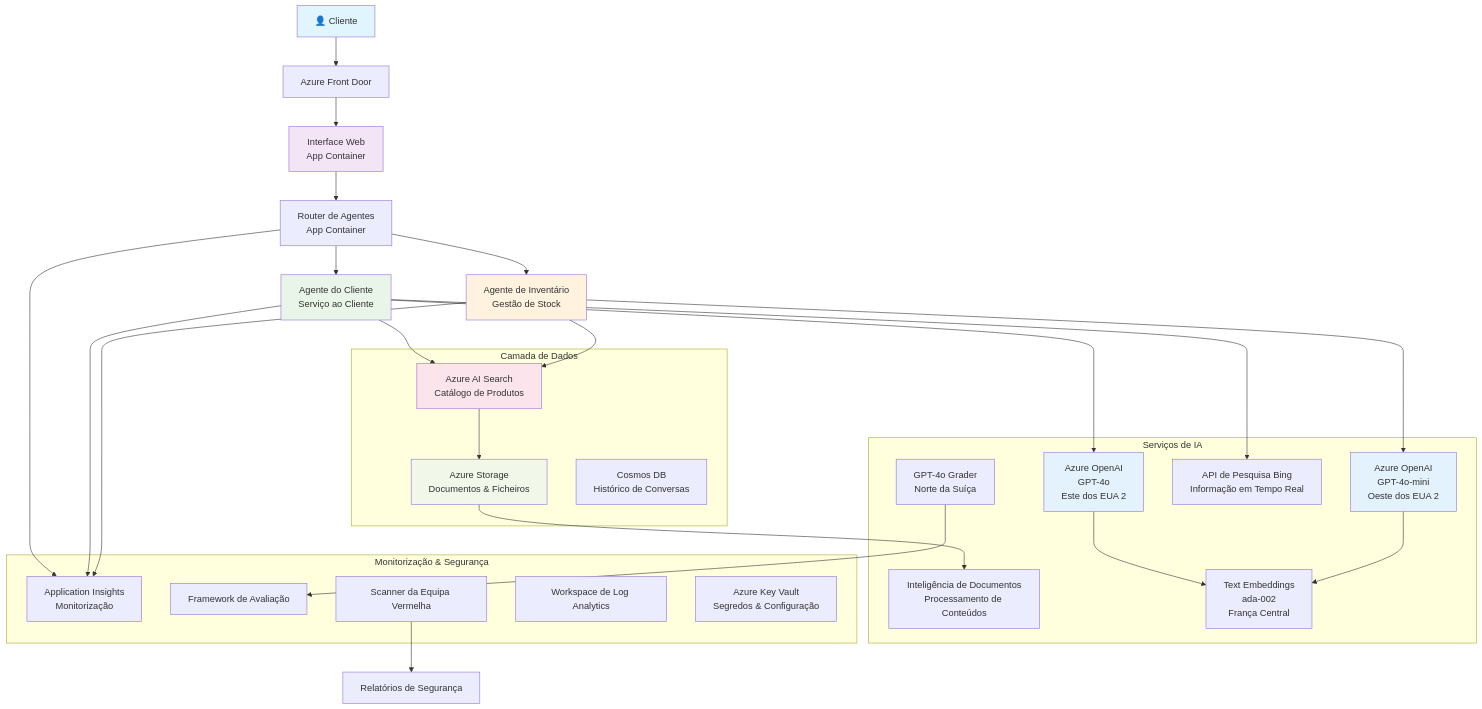
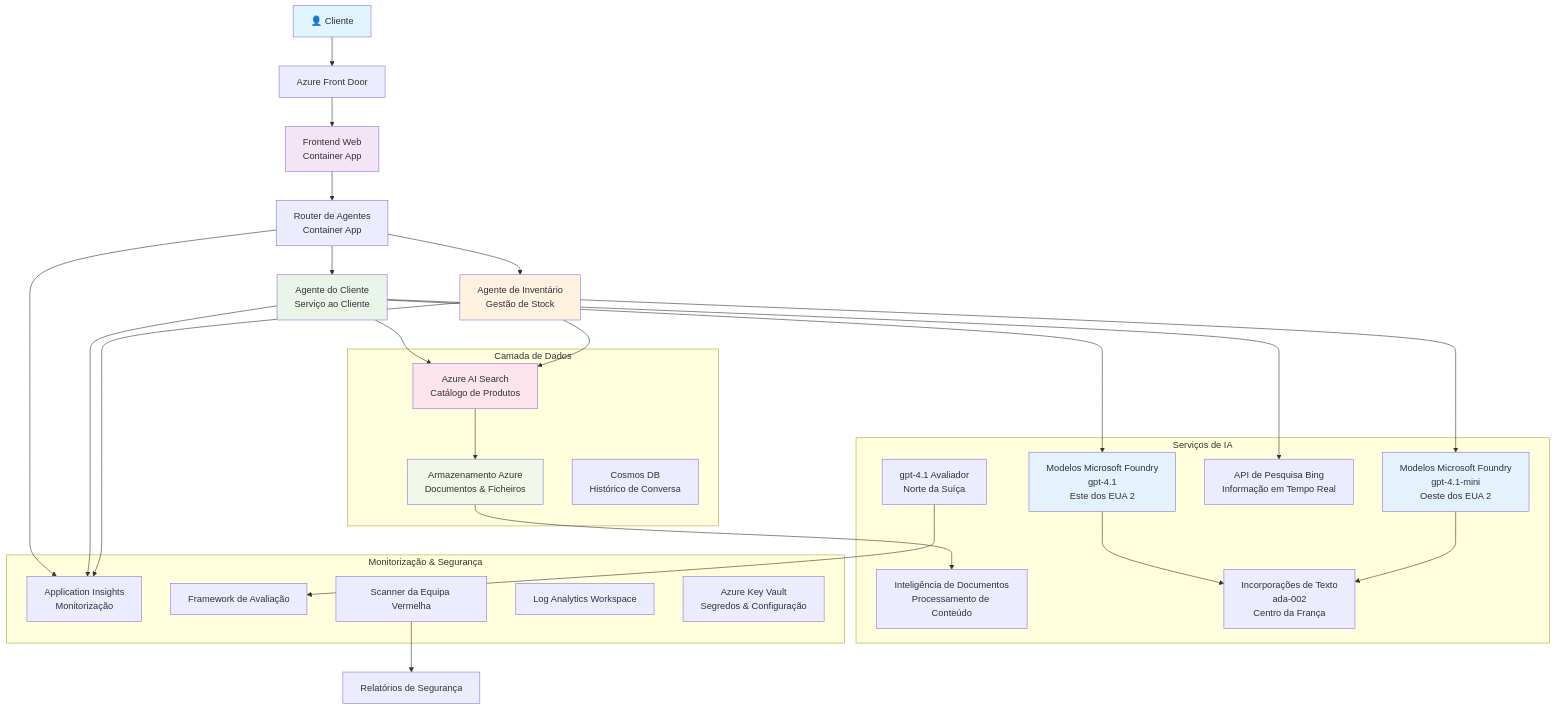
Before and after one commit to microsoft/AZD-for-beginners: the diagram in translations/pt-PT/examples/retail-scenario.md, drawn with Mermaid. The commit also changed other lines of this file and 101 other files, not shown here.

````diff
--- a/translations/pt-PT/examples/retail-scenario.md
+++ b/translations/pt-PT/examples/retail-scenario.md
@@ -139,61 +139,61 @@
 ```mermaid
 graph TB
     User[👤 Cliente] --> LB[Azure Front Door]
-    LB --> WebApp[Interface Web<br/>App Container]
+    LB --> WebApp[Frontend Web<br/>Container App]
     
-    WebApp --> Router[Router de Agentes<br/>App Container]
+    WebApp --> Router[Router de Agentes<br/>Container App]
     Router --> CustomerAgent[Agente do Cliente<br/>Serviço ao Cliente]
     Router --> InvAgent[Agente de Inventário<br/>Gestão de Stock]
     
-    CustomerAgent --> OpenAI1[Azure OpenAI<br/>GPT-4o<br/>Este dos EUA 2]
-    InvAgent --> OpenAI2[Azure OpenAI<br/>GPT-4o-mini<br/>Oeste dos EUA 2]
+    CustomerAgent --> OpenAI1[Modelos Microsoft Foundry<br/>gpt-4.1<br/>Este dos EUA 2]
+    InvAgent --> OpenAI2[Modelos Microsoft Foundry<br/>gpt-4.1-mini<br/>Oeste dos EUA 2]
     
     CustomerAgent --> AISearch[Azure AI Search<br/>Catálogo de Produtos]
     CustomerAgent --> BingSearch[API de Pesquisa Bing<br/>Informação em Tempo Real]
     InvAgent --> AISearch
     
-    AISearch --> Storage[Azure Storage<br/>Documentos & Ficheiros]
-    Storage --> DocIntel[Inteligência de Documentos<br/>Processamento de Conteúdos]
+    AISearch --> Storage[Armazenamento Azure<br/>Documentos & Ficheiros]
+    Storage --> DocIntel[Inteligência de Documentos<br/>Processamento de Conteúdo]
     
-    OpenAI1 --> Embeddings[Text Embeddings<br/>ada-002<br/>França Central]
+    OpenAI1 --> Embeddings[Incorporações de Texto<br/>ada-002<br/>Centro da França]
     OpenAI2 --> Embeddings
     
     Router --> AppInsights[Application Insights<br/>Monitorização]
     CustomerAgent --> AppInsights
     InvAgent --> AppInsights
     
-    GraderModel[GPT-4o Grader<br/>Norte da Suíça] --> Evaluation[Framework de Avaliação]
+    GraderModel[gpt-4.1 Avaliador<br/>Norte da Suíça] --> Evaluation[Framework de Avaliação]
     RedTeam[Scanner da Equipa Vermelha] --> SecurityReports[Relatórios de Segurança]
     
     subgraph "Camada de Dados"
         Storage
         AISearch
-        CosmosDB[Cosmos DB<br/>Histórico de Conversas]
+        CosmosDB[Cosmos DB<br/>Histórico de Conversa]
     end
     
     subgraph "Serviços de IA"
         OpenAI1
         OpenAI2
         Embeddings
         GraderModel
         DocIntel
         BingSearch
     end
     
     subgraph "Monitorização & Segurança"
         AppInsights
-        LogAnalytics[Workspace de Log Analytics]
+        LogAnalytics[Log Analytics Workspace]
         KeyVault[Azure Key Vault<br/>Segredos & Configuração]
         RedTeam
         Evaluation
     end
     
     style User fill:#e1f5fe
     style WebApp fill:#f3e5f5
     style CustomerAgent fill:#e8f5e8
     style InvAgent fill:#fff3e0
     style OpenAI1 fill:#e3f2fd
     style OpenAI2 fill:#e3f2fd
     style AISearch fill:#fce4ec
     style Storage fill:#f1f8e9
 ```  
````
